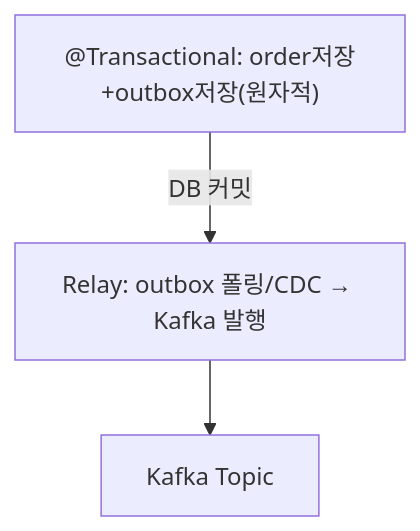
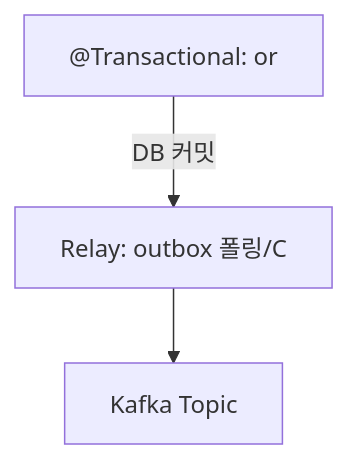
Before and after one commit to yjkim2015/yjkim2015.github.io: the second of 6 diagrams in _posts/kafka/2026-05-01-kafka-outbox-cdc.md, drawn with Mermaid. The commit also changed other lines of this file and 271 other files, not shown here.

First line of the commit message:
Mermaid 라벨 축소: 긴 노드 텍스트 18자 이하로 트림 + \n 제거

````diff
--- a/_posts/kafka/2026-05-01-kafka-outbox-cdc.md
+++ b/_posts/kafka/2026-05-01-kafka-outbox-cdc.md
@@ -51,6 +51,6 @@
 ```mermaid
 flowchart TD
-    APP["@Transactional: order저장+outbox저장(원자적)"]
-    APP -->|"DB 커밋"| RELAY["Relay: outbox 폴링/CDC → Kafka 발행"]
+    APP["@Transactional: or"]
+    APP -->|"DB 커밋"| RELAY["Relay: outbox 폴링/C"]
     RELAY --> KAFKA["Kafka Topic"]
 ```
````
